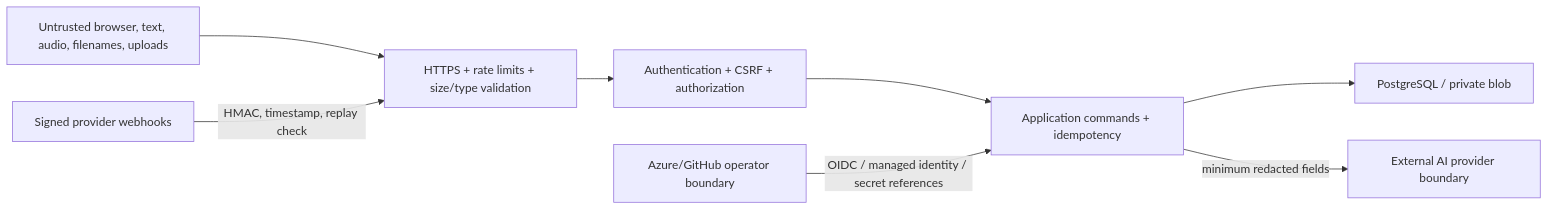
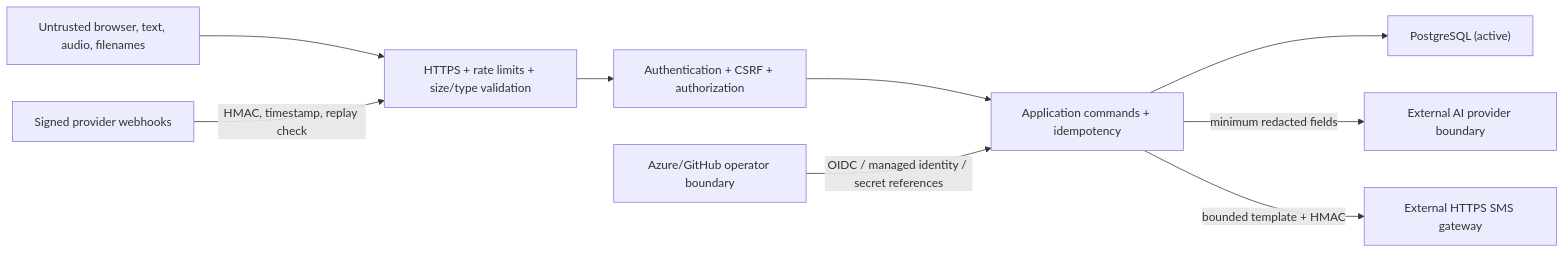
The diagram in docs/SECURITY.md (smahala093/Golden-Hour-AI), drawn with Mermaid before and after one commit. The commit also changed other lines of this file and 84 other files, not shown here.

````diff
--- a/docs/SECURITY.md
+++ b/docs/SECURITY.md
@@ -11,16 +11,18 @@
 ```mermaid
 flowchart LR
-    Untrusted["Untrusted browser, text, audio, filenames, uploads"]
+    Untrusted["Untrusted browser, text, audio, filenames"]
     Edge["HTTPS + rate limits + size/type validation"]
     Auth["Authentication + CSRF + authorization"]
     App["Application commands + idempotency"]
-    Data["PostgreSQL / private blob"]
+    Data["PostgreSQL (active)"]
     AI["External AI provider boundary"]
+    SMS["External HTTPS SMS gateway"]
     Callbacks["Signed provider webhooks"]
     Ops["Azure/GitHub operator boundary"]
 
     Untrusted --> Edge --> Auth --> App --> Data
     App -->|"minimum redacted fields"| AI
+    App -->|"bounded template + HMAC"| SMS
     Callbacks -->|"HMAC, timestamp, replay check"| Edge
     Ops -->|"OIDC / managed identity / secret references"| App
 ```
````
